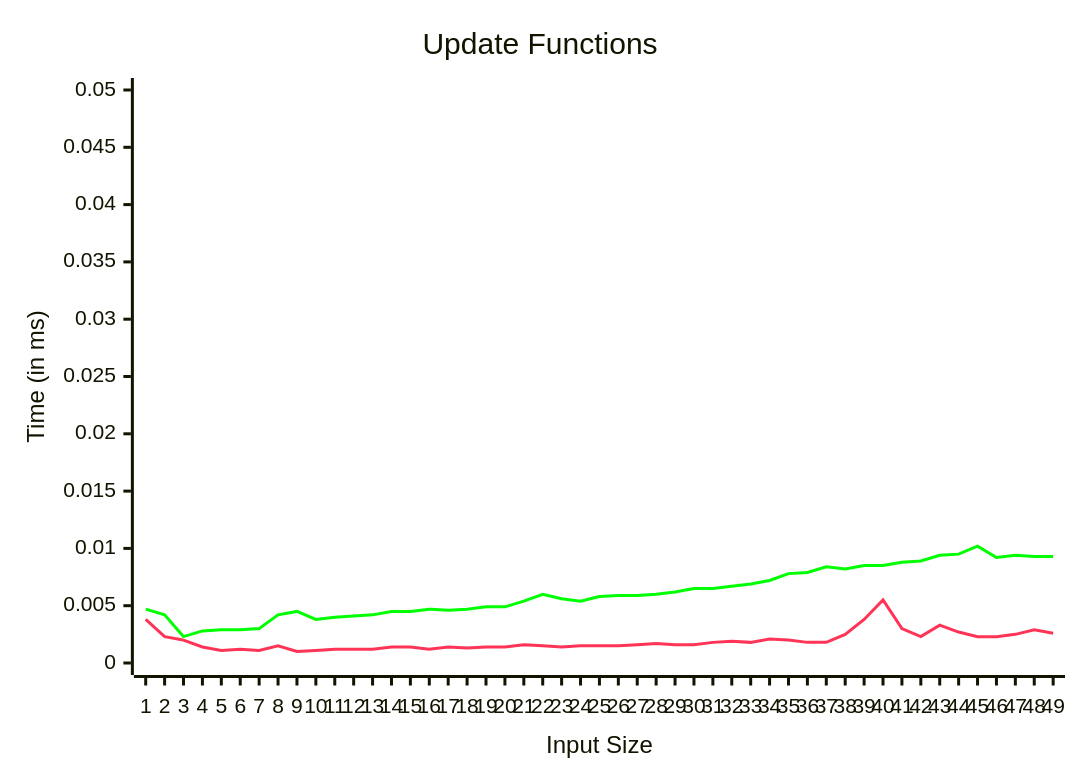
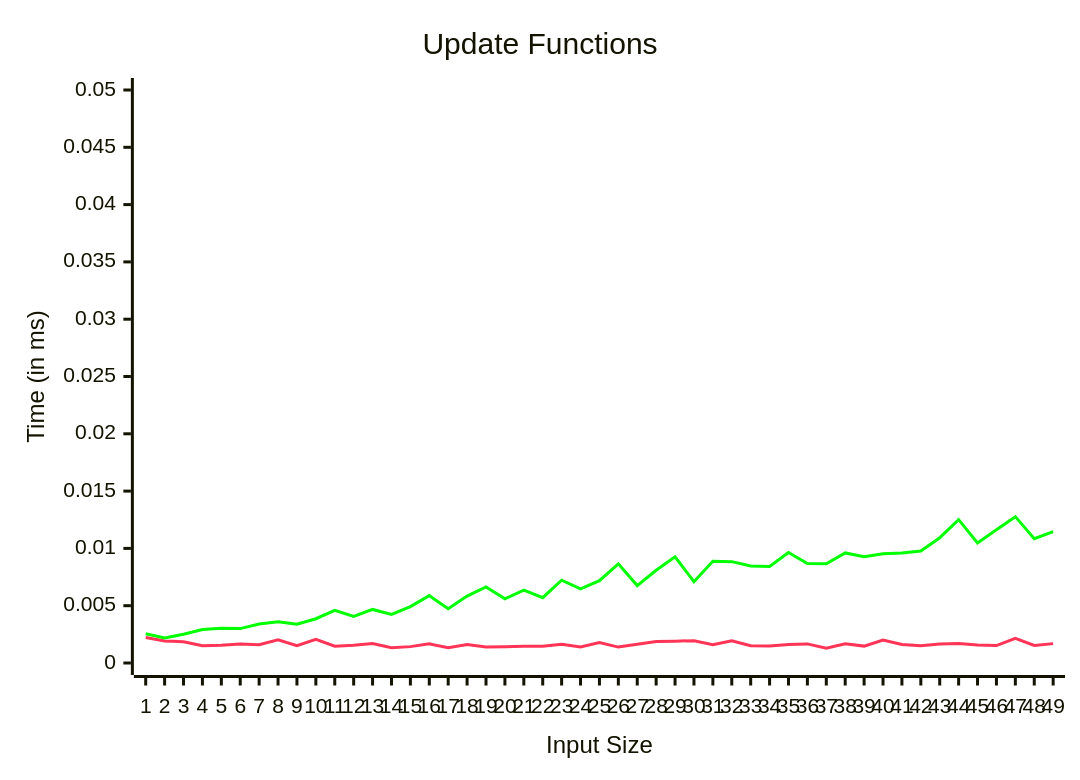
Before and after one commit to m-bock/purescript-transit: the diagram in bench/backend-JS.md, drawn with Mermaid. The commit also changed 12 other files, not shown here.

````diff
--- a/bench/backend-JS.md
+++ b/bench/backend-JS.md
@@ -2,14 +2,14 @@
 ```mermaid
 ---
   config:
     themeVariables:
         xyChart:
             plotColorPalette: "#ff3456, #00ff00, #0000ff, #ffff00, #ff00ff, #00ffff"
 ---
 xychart
   title "Update Functions"
   x-axis "Input Size" [1, 2, 3, 4, 5, 6, 7, 8, 9, 10, 11, 12, 13, 14, 15, 16, 17, 18, 19, 20, 21, 22, 23, 24, 25, 26, 27, 28, 29, 30, 31, 32, 33, 34, 35, 36, 37, 38, 39, 40, 41, 42, 43, 44, 45, 46, 47, 48, 49]
   y-axis "Time (in ms)" 0 --> 0.05
-  line [0.0038, 0.0023, 0.002, 0.0014, 0.0011, 0.0012, 0.0011, 0.0015, 0.001, 0.0011, 0.0012, 0.0012, 0.0012, 0.0014, 0.0014, 0.0012, 0.0014, 0.0013, 0.0014, 0.0014, 0.0016, 0.0015, 0.0014, 0.0015, 0.0015, 0.0015, 0.0016, 0.0017, 0.0016, 0.0016, 0.0018, 0.0019, 0.0018, 0.0021, 0.002, 0.0018, 0.0018, 0.0025, 0.0038, 0.0055, 0.003, 0.0023, 0.0033, 0.0027, 0.0023, 0.0023, 0.0025, 0.0029, 0.0026]
-  line [0.0047, 0.0042, 0.0023, 0.0028, 0.0029, 0.0029, 0.003, 0.0042, 0.0045, 0.0038, 0.004, 0.0041, 0.0042, 0.0045, 0.0045, 0.0047, 0.0046, 0.0047, 0.0049, 0.0049, 0.0054, 0.006, 0.0056, 0.0054, 0.0058, 0.0059, 0.0059, 0.006, 0.0062, 0.0065, 0.0065, 0.0067, 0.0069, 0.0072, 0.0078, 0.0079, 0.0084, 0.0082, 0.0085, 0.0085, 0.0088, 0.0089, 0.0094, 0.0095, 0.0102, 0.0092, 0.0094, 0.0093, 0.0093]
+  line [0.002233, 0.001927, 0.001859, 0.001501, 0.001554, 0.001663, 0.001594, 0.002023, 0.001505, 0.002063, 0.001468, 0.001554, 0.001709, 0.00133, 0.001429, 0.001668, 0.00133, 0.001615, 0.001399, 0.001421, 0.001471, 0.001468, 0.001638, 0.001395, 0.001776, 0.001388, 0.001629, 0.001875, 0.001903, 0.001947, 0.001604, 0.001938, 0.001514, 0.001484, 0.001616, 0.001666, 0.001289, 0.001683, 0.001475, 0.002009, 0.001609, 0.001496, 0.00165, 0.001699, 0.001577, 0.00152, 0.002148, 0.001529, 0.001691]
+  line [0.002553, 0.002186, 0.00251, 0.002918, 0.003028, 0.003, 0.0034, 0.003593, 0.003387, 0.003864, 0.004602, 0.004065, 0.004674, 0.004233, 0.004922, 0.00588, 0.004733, 0.005842, 0.006638, 0.005599, 0.006356, 0.005697, 0.007222, 0.006472, 0.007189, 0.008653, 0.006757, 0.008093, 0.009273, 0.007091, 0.008885, 0.008846, 0.00847, 0.008418, 0.009648, 0.008682, 0.008655, 0.009604, 0.009276, 0.009539, 0.009609, 0.009765, 0.010929, 0.01251, 0.010473, 0.011633, 0.012771, 0.010841, 0.011458]
 ```
````
